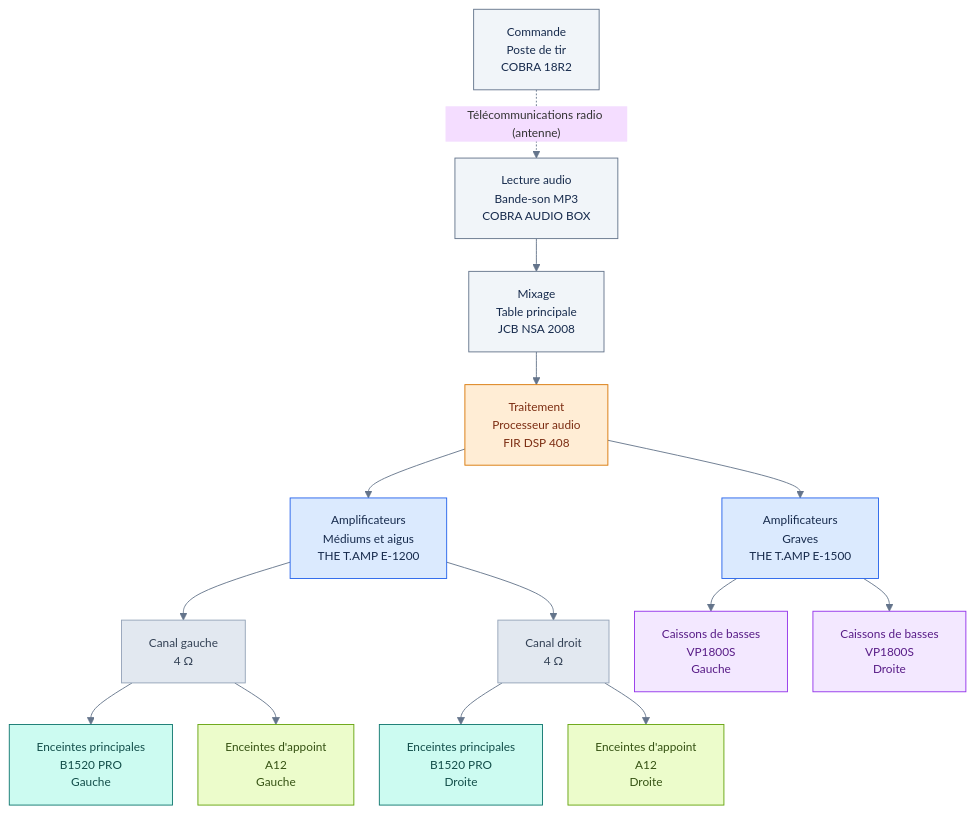
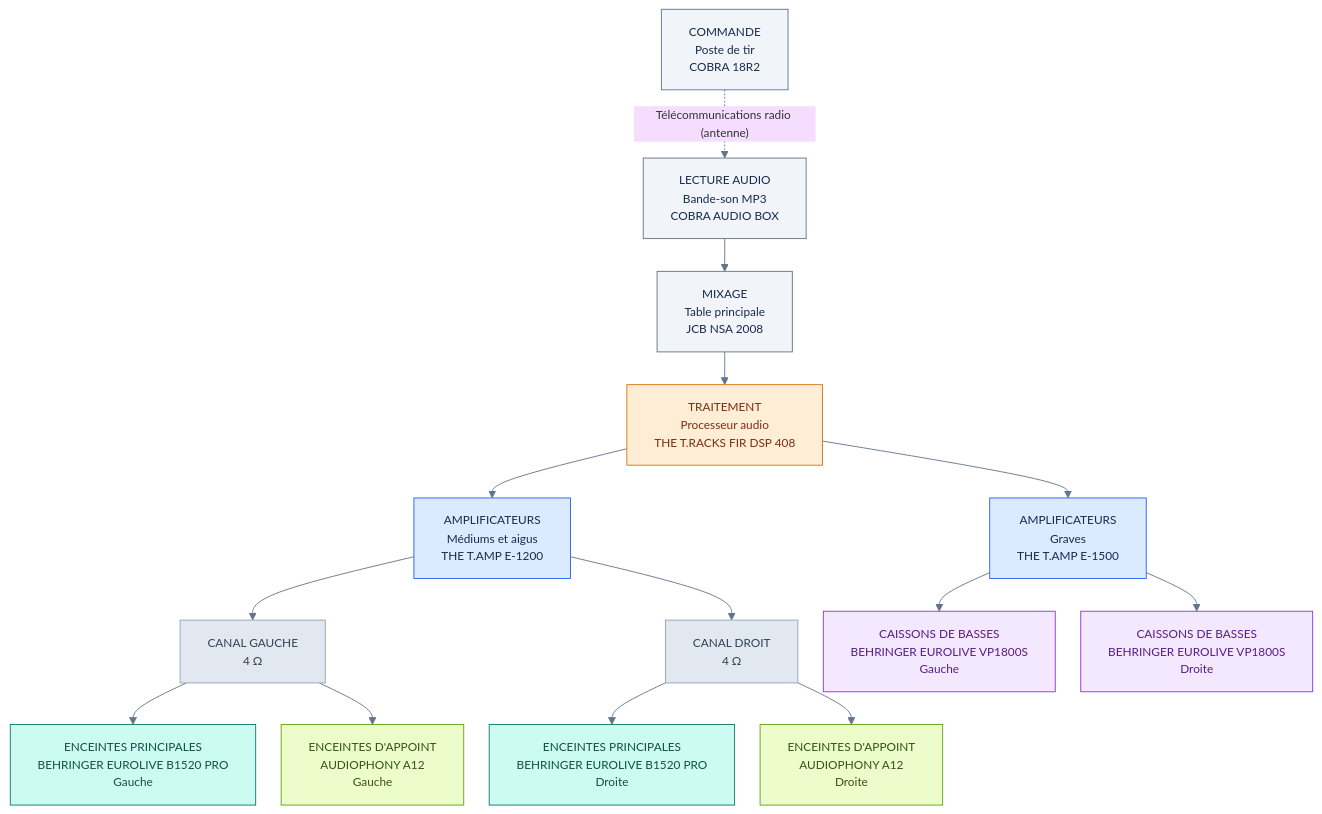
The first of 3 diagrams in README.md (HAZIT-FR/PGE-SONO), drawn with Mermaid before and after one commit. The commit also changed other lines of this file, not shown here.

Commit message:
docs: alléger le schéma audio, titres en majuscules et références complètes

```diff
--- a/README.md
+++ b/README.md
@@ -34,46 +34,46 @@
 ~~~mermaid
 %%{init: {"flowchart": {"nodeSpacing": 28, "rankSpacing": 36, "htmlLabels": true, "wrappingWidth": 320}, "theme": "base", "themeVariables": {"fontSize": "13px", "lineColor": "#64748b"}}}%%
 flowchart TB
-  A["Commande<br/>Poste de tir<br/>COBRA 18R2"]
-  B["Lecture audio<br/>Bande-son MP3<br/>COBRA AUDIO BOX"]
-  C["Mixage<br/>Table principale<br/>JCB NSA 2008"]
-  D["Traitement<br/>Processeur audio<br/>FIR DSP 408"]
-  E["Amplificateurs<br/>Médiums et aigus<br/>THE T.AMP E-1200"]
-  F["Amplificateurs<br/>Graves<br/>THE T.AMP E-1500"]
-  LG["Canal gauche<br/>4 Ω"]
-  LD["Canal droit<br/>4 Ω"]
-  BG["Enceintes principales<br/>B1520 PRO<br/>Gauche"]
-  BD["Enceintes principales<br/>B1520 PRO<br/>Droite"]
-  AG["Enceintes d'appoint<br/>A12<br/>Gauche"]
-  AD["Enceintes d'appoint<br/>A12<br/>Droite"]
-  SG["Caissons de basses<br/>VP1800S<br/>Gauche"]
-  SD["Caissons de basses<br/>VP1800S<br/>Droite"]
+  A["COMMANDE<br/>Poste de tir<br/>COBRA 18R2"]
+  B["LECTURE AUDIO<br/>Bande-son MP3<br/>COBRA AUDIO BOX"]
+  C["MIXAGE<br/>Table principale<br/>JCB NSA 2008"]
+  D["TRAITEMENT<br/>Processeur audio<br/>THE T.RACKS FIR DSP 408"]
+  E["AMPLIFICATEURS<br/>Médiums et aigus<br/>THE T.AMP E-1200"]
+  F["AMPLIFICATEURS<br/>Graves<br/>THE T.AMP E-1500"]
+  LG["CANAL GAUCHE<br/>4 Ω"]
+  LD["CANAL DROIT<br/>4 Ω"]
+  BG["ENCEINTES PRINCIPALES<br/>BEHRINGER EUROLIVE B1520 PRO<br/>Gauche"]
+  BD["ENCEINTES PRINCIPALES<br/>BEHRINGER EUROLIVE B1520 PRO<br/>Droite"]
+  AG["ENCEINTES D'APPOINT<br/>AUDIOPHONY A12<br/>Gauche"]
+  AD["ENCEINTES D'APPOINT<br/>AUDIOPHONY A12<br/>Droite"]
+  SG["CAISSONS DE BASSES<br/>BEHRINGER EUROLIVE VP1800S<br/>Gauche"]
+  SD["CAISSONS DE BASSES<br/>BEHRINGER EUROLIVE VP1800S<br/>Droite"]
 
   A -. "Télécommunications radio (antenne)" .-> B
   B --> C --> D
   D --> E
   D --> F
   E --> LG
   E --> LD
   LG --> BG
   LG --> AG
   LD --> BD
   LD --> AD
   F --> SG
   F --> SD
 
   classDef commande fill:#f1f5f9,stroke:#64748b,color:#172b4d;
   classDef processeur fill:#ffedd5,stroke:#d97706,color:#7c2d12;
   classDef amplis fill:#dbeafe,stroke:#2563eb,color:#172b4d;
   classDef canaux fill:#e2e8f0,stroke:#94a3b8,color:#334155;
   classDef principales fill:#ccfbf1,stroke:#0f766e,color:#134e4a;
   classDef appoint fill:#ecfccb,stroke:#65a30d,color:#365314;
   classDef basses fill:#f3e8ff,stroke:#9333ea,color:#581c87;
   class A,B,C commande;
   class D processeur;
   class E,F amplis;
   class LG,LD canaux;
   class BG,BD principales;
   class AG,AD appoint;
   class SG,SD basses;
 ~~~
```
